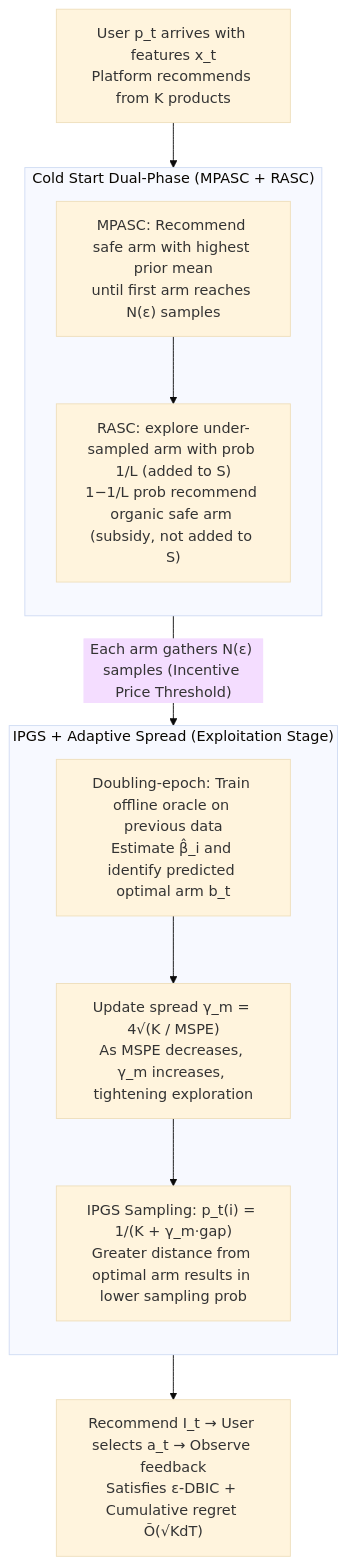
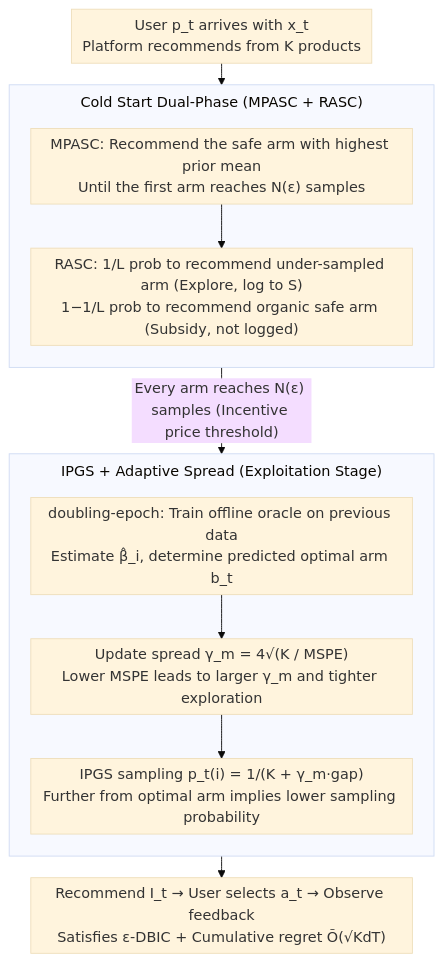
One commit to zhaoyang97/Paper-Notes-en changed the diagram in docs/ICML2026/recommender/incentivized_exploration_with_stochastic_covariates_a_two-stage_mechanism_design.md. Above: the diagram before and after it, drawn with Mermaid (base theme). The commit also changed other lines of this file and 5084 other files, not shown here.

````diff
--- a/docs/ICML2026/recommender/incentivized_exploration_with_stochastic_covariates_a_two-stage_mechanism_design.md
+++ b/docs/ICML2026/recommender/incentivized_exploration_with_stochastic_covariates_a_two-stage_mechanism_design.md
@@ -48,21 +48,22 @@
 ```mermaid
+%%{init: {'flowchart': {'rankSpacing': 24, 'nodeSpacing': 28, 'padding': 6, 'wrappingWidth': 400, 'subGraphTitleMargin': {'top': 8, 'bottom': 16}}}}%%
 flowchart TD
-    IN["User p_t arrives with features x_t<br/>Platform recommends from K products"] --> CS
+    IN["User p_t arrives with x_t<br/>Platform recommends from K products"] --> CS
 
     subgraph CS["Cold Start Dual-Phase (MPASC + RASC)"]
         direction TB
-        MP["MPASC: Recommend safe arm with highest prior mean<br/>until first arm reaches N(ε) samples"]
-        MP --> RA["RASC: explore under-sampled arm with prob 1/L (added to S)<br/>1−1/L prob recommend organic safe arm (subsidy, not added to S)"]
+        MP["MPASC: Recommend the safe arm with highest prior mean<br/>Until the first arm reaches N(ε) samples"]
+        MP --> RA["RASC: 1/L prob to recommend under-sampled arm (Explore, log to S)<br/>1−1/L prob to recommend organic safe arm (Subsidy, not logged)"]
     end
 
-    CS -->|"Each arm gathers N(ε) samples (Incentive Price Threshold)"| EX
+    CS -->|"Every arm reaches N(ε) samples (Incentive price threshold)"| EX
 
     subgraph EX["IPGS + Adaptive Spread (Exploitation Stage)"]
         direction TB
-        TR["Doubling-epoch: Train offline oracle on previous data<br/>Estimate β̂_i and identify predicted optimal arm b_t"]
-        TR --> SP["Update spread γ_m = 4√(K / MSPE)<br/>As MSPE decreases, γ_m increases, tightening exploration"]
-        SP --> SA["IPGS Sampling: p_t(i) = 1/(K + γ_m·gap)<br/>Greater distance from optimal arm results in lower sampling prob"]
+        TR["doubling-epoch: Train offline oracle on previous data<br/>Estimate β̂_i, determine predicted optimal arm b_t"]
+        TR --> SP["Update spread γ_m = 4√(K / MSPE)<br/>Lower MSPE leads to larger γ_m and tighter exploration"]
+        SP --> SA["IPGS sampling p_t(i) = 1/(K + γ_m·gap)<br/>Further from optimal arm implies lower sampling probability"]
     end
 
     EX --> OUT["Recommend I_t → User selects a_t → Observe feedback<br/>Satisfies ε-DBIC + Cumulative regret Õ(√KdT)"]
 ```
````
